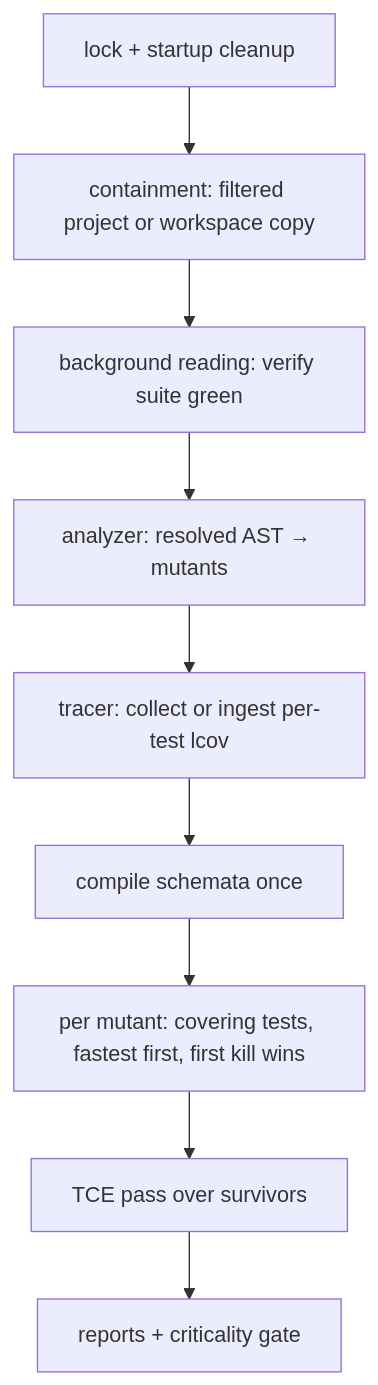
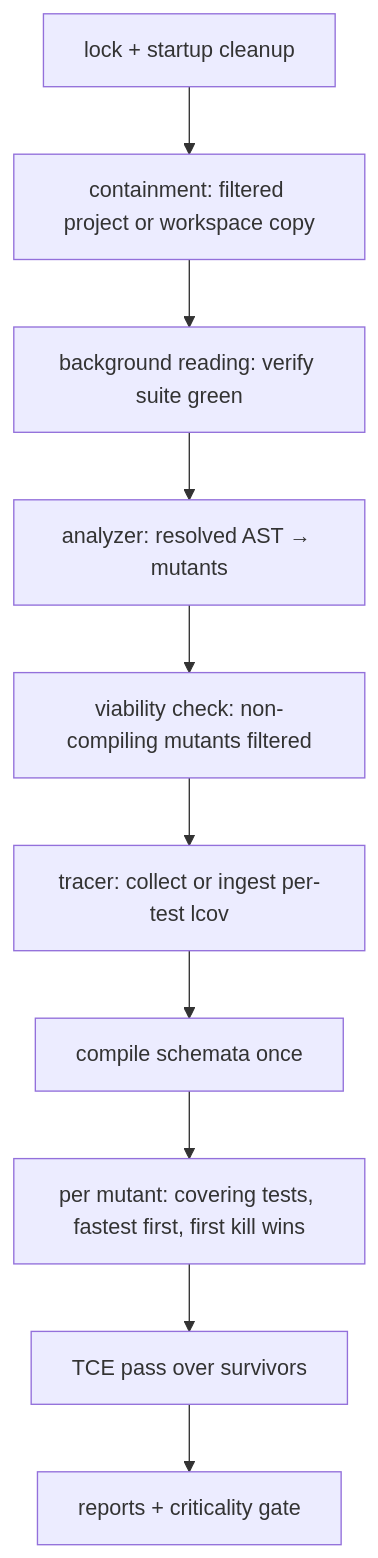
Before and after one commit to memento-engineering/butcher: the diagram in docs/decisions/index.md, drawn with Mermaid. The commit also changed other lines of this file and 2 other files, not shown here.

Commit message:
docs: record static viability filtering as ADR 0019

````diff
--- a/docs/decisions/index.md
+++ b/docs/decisions/index.md
@@ -9,11 +9,12 @@
 ```mermaid
 flowchart TD
     A[lock + startup cleanup] --> B[containment: filtered project or workspace copy]
     B --> C[background reading: verify suite green]
     C --> D[analyzer: resolved AST → mutants]
-    D --> E[tracer: collect or ingest per-test lcov]
+    D --> V[viability check: non-compiling mutants filtered]
+    V --> E[tracer: collect or ingest per-test lcov]
     E --> F[compile schemata once]
     F --> G[per mutant: covering tests, fastest first, first kill wins]
     G --> H[TCE pass over survivors]
     H --> I[reports + criticality gate]
 ```
````
